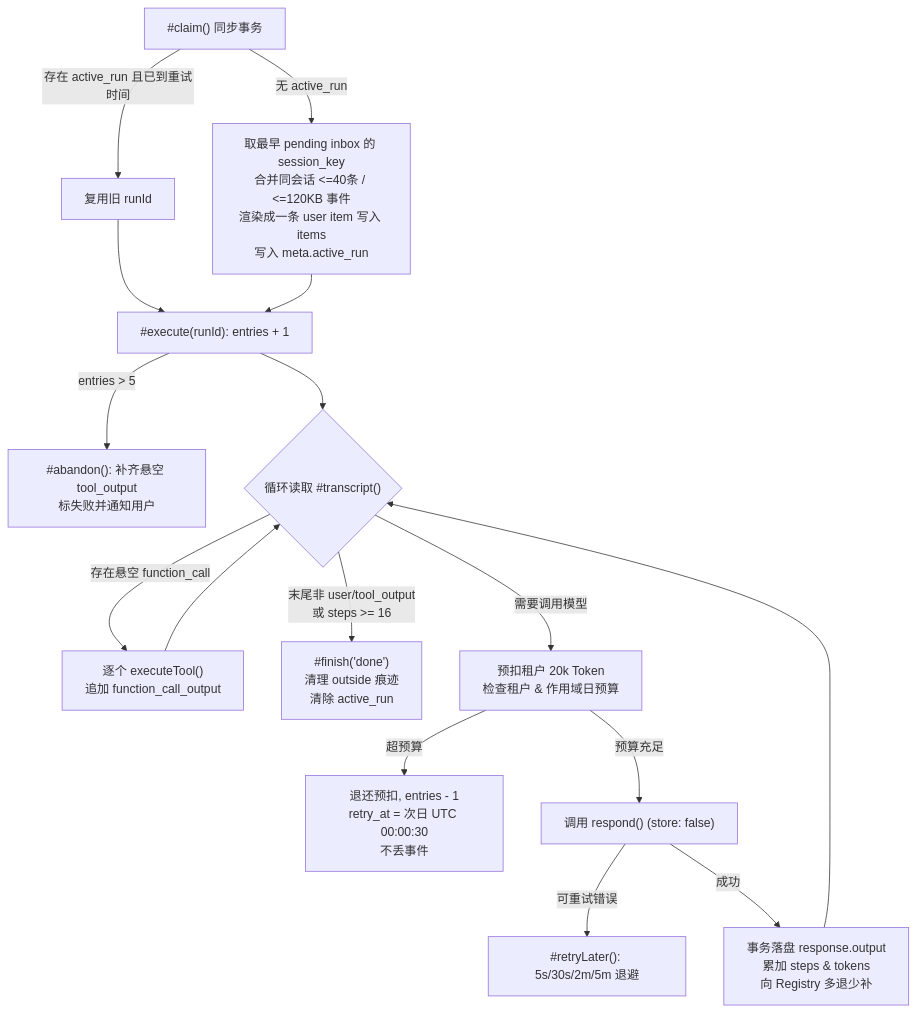
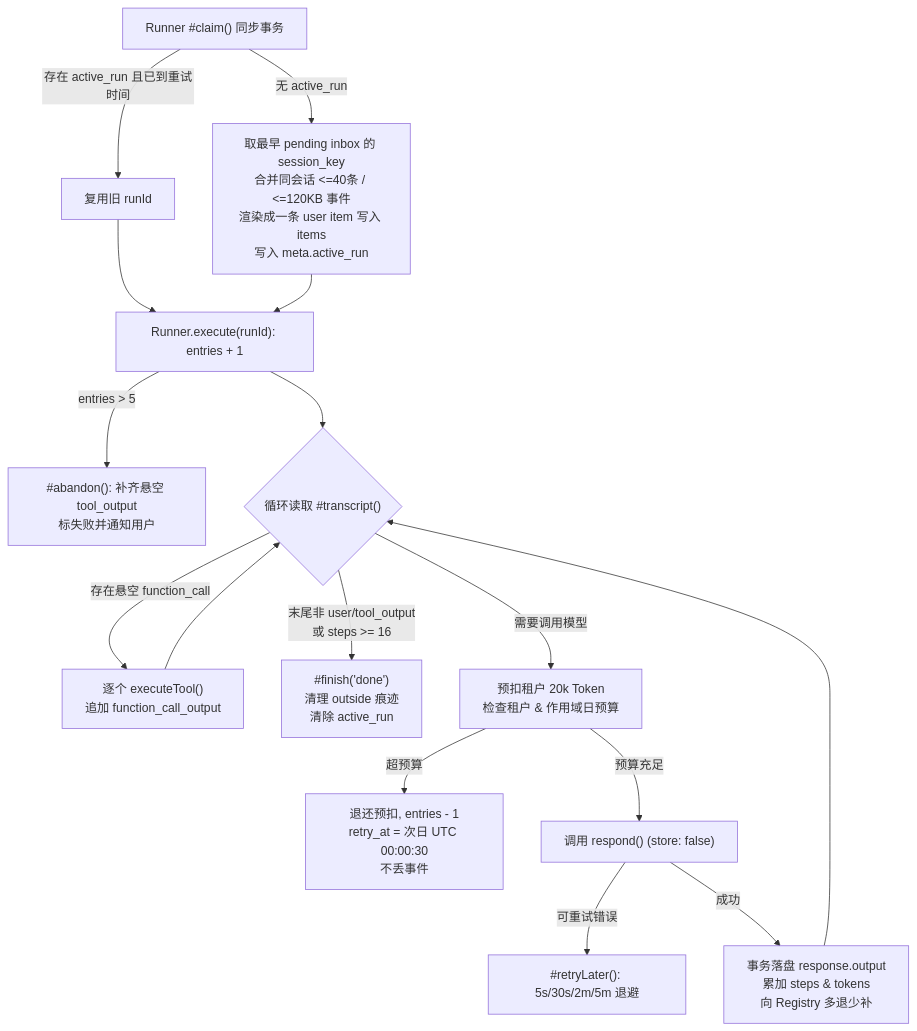
Before and after one commit to gxcsoccer/always-on-agents: the diagram in docs/brain-walkthrough.zh-CN.md, drawn with Mermaid. The commit also changed other lines of this file and 1 other file, not shown here.

````diff
--- a/docs/brain-walkthrough.zh-CN.md
+++ b/docs/brain-walkthrough.zh-CN.md
@@ -79,18 +102,18 @@
 ```mermaid
 flowchart TD
-  A["#claim() 同步事务"] -->|"存在 active_run 且已到重试时间"| B["复用旧 runId"]
+  A["Runner #claim() 同步事务"] -->|"存在 active_run 且已到重试时间"| B["复用旧 runId"]
   A -->|"无 active_run"| C["取最早 pending inbox 的 session_key<br/>合并同会话 <=40条 / <=120KB 事件<br/>渲染成一条 user item 写入 items<br/>写入 meta.active_run"]
-  B --> D["#execute(runId): entries + 1"]
+  B --> D["Runner.execute(runId): entries + 1"]
   C --> D
   D -->|"entries > 5"| AB["#abandon(): 补齐悬空 tool_output<br/>标失败并通知用户"]
   D --> L{"循环读取 #transcript()"}
   L -->|"存在悬空 function_call"| T["逐个 executeTool()<br/>追加 function_call_output"]
   T --> L
   L -->|"末尾非 user/tool_output<br/>或 steps >= 16"| F["#finish('done')<br/>清理 outside 痕迹<br/>清除 active_run"]
   L -->|"需要调用模型"| R["预扣租户 20k Token<br/>检查租户 & 作用域日预算"]
   R -->|"超预算"| P["退还预扣, entries - 1<br/>retry_at = 次日 UTC 00:00:30<br/>不丢事件"]
   R -->|"预算充足"| M["调用 respond() (store: false)"]
   M -->|"可重试错误"| RT["#retryLater(): 5s/30s/2m/5m 退避"]
   M -->|"成功"| S["事务落盘 response.output<br/>累加 steps & tokens<br/>向 Registry 多退少补"]
   S --> L
 ```
````
